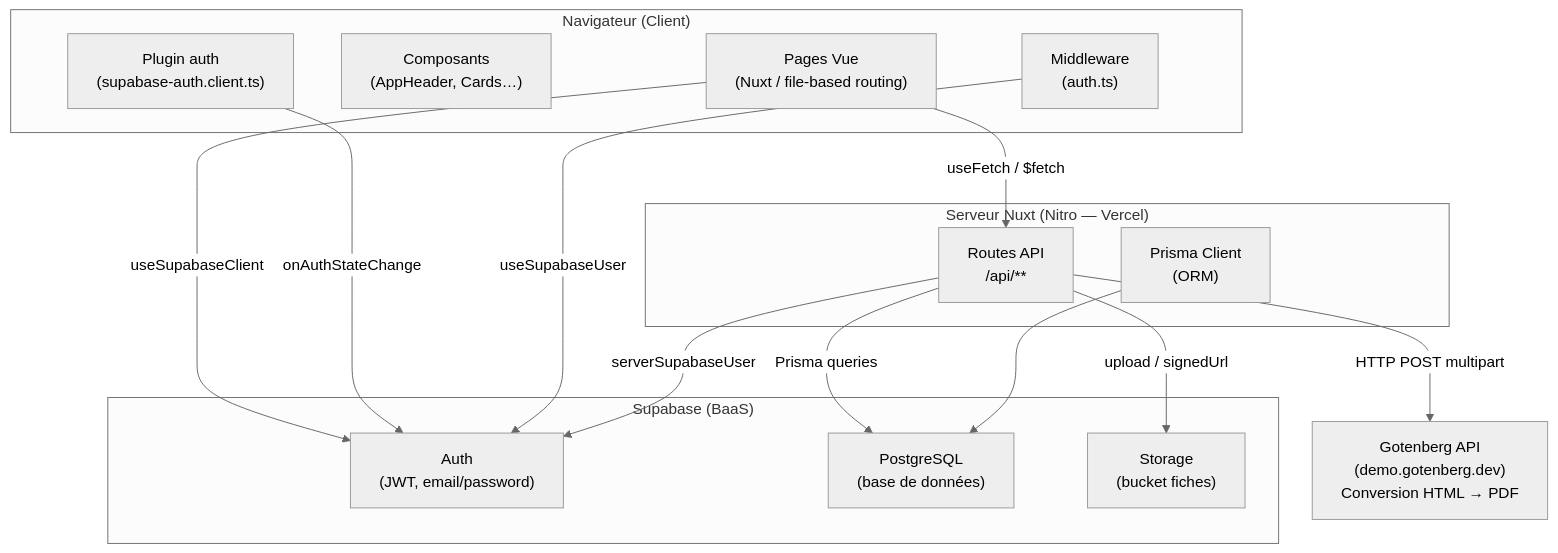
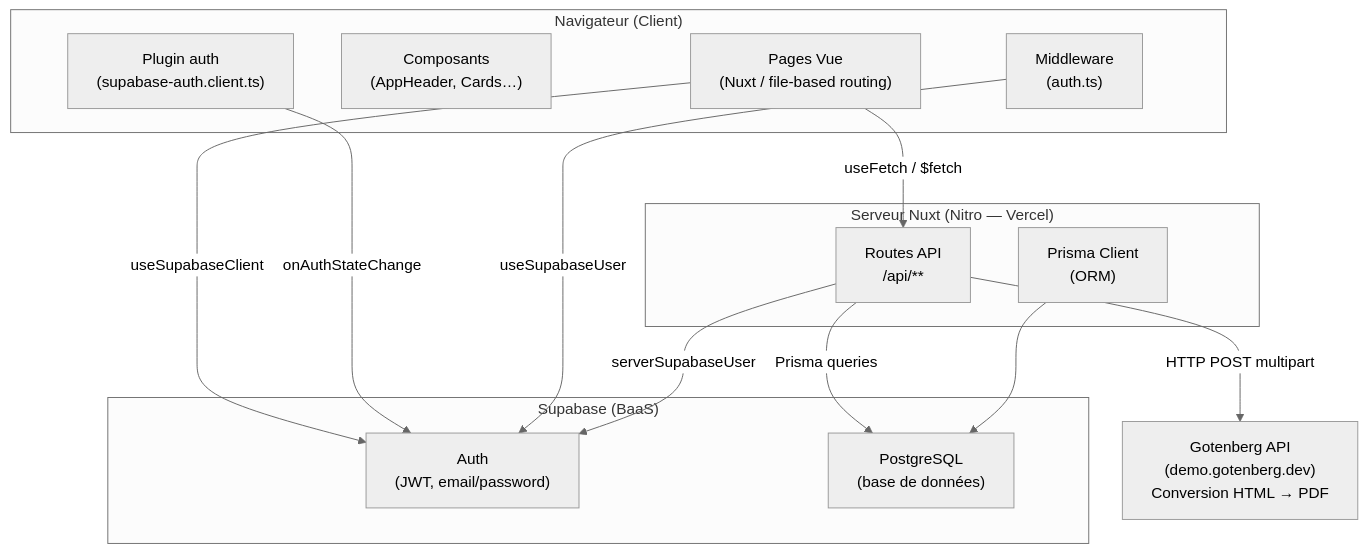
Before and after one commit to RoodAxel/wicthu-nuxt: the first of 4 diagrams in docs/ARCHITECTURE.md, drawn with Mermaid (neutral theme).

Commit message:
fix typo on documentation

````diff
--- a/docs/ARCHITECTURE.md
+++ b/docs/ARCHITECTURE.md
@@ -11,34 +11,32 @@
 ```mermaid
 graph TB
     subgraph Client["Navigateur (Client)"]
         Pages["Pages Vue\n(Nuxt / file-based routing)"]
         Components["Composants\n(AppHeader, Cards…)"]
         Plugin["Plugin auth\n(supabase-auth.client.ts)"]
         Middleware["Middleware\n(auth.ts)"]
     end
 
     subgraph Nuxt["Serveur Nuxt (Nitro — Vercel)"]
         API["Routes API\n/api/**"]
         Prisma["Prisma Client\n(ORM)"]
     end
 
     subgraph Supabase["Supabase (BaaS)"]
         SupaAuth["Auth\n(JWT, email/password)"]
         SupaDB["PostgreSQL\n(base de données)"]
-        SupaStorage["Storage\n(bucket fiches)"]
     end
 
     Gotenberg["Gotenberg API\n(demo.gotenberg.dev)\nConversion HTML → PDF"]
 
     Pages -->|useFetch / $fetch| API
     Pages -->|useSupabaseClient| SupaAuth
     Plugin -->|onAuthStateChange| SupaAuth
     Middleware -->|useSupabaseUser| SupaAuth
 
     API -->|Prisma queries| SupaDB
     API -->|serverSupabaseUser| SupaAuth
     API -->|HTTP POST multipart| Gotenberg
-    API -->|upload / signedUrl| SupaStorage
 
     Prisma --> SupaDB
 ```
````
